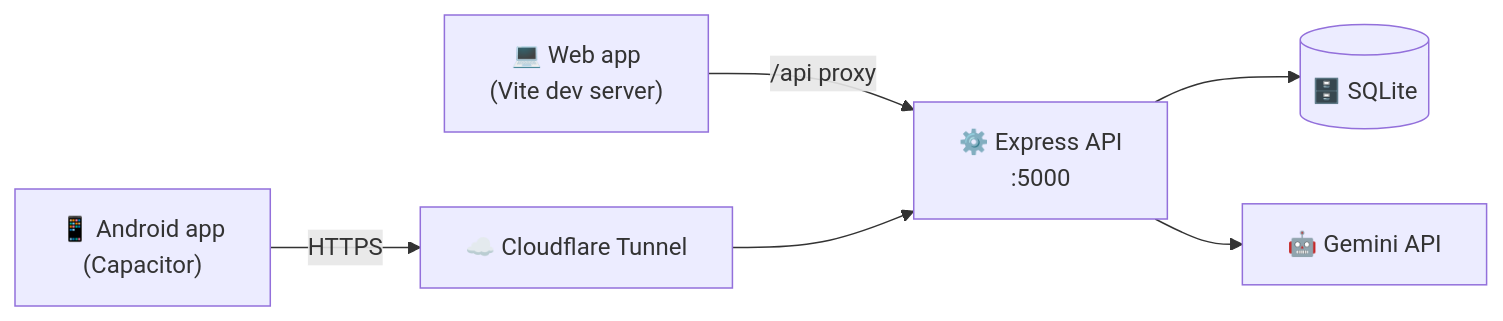
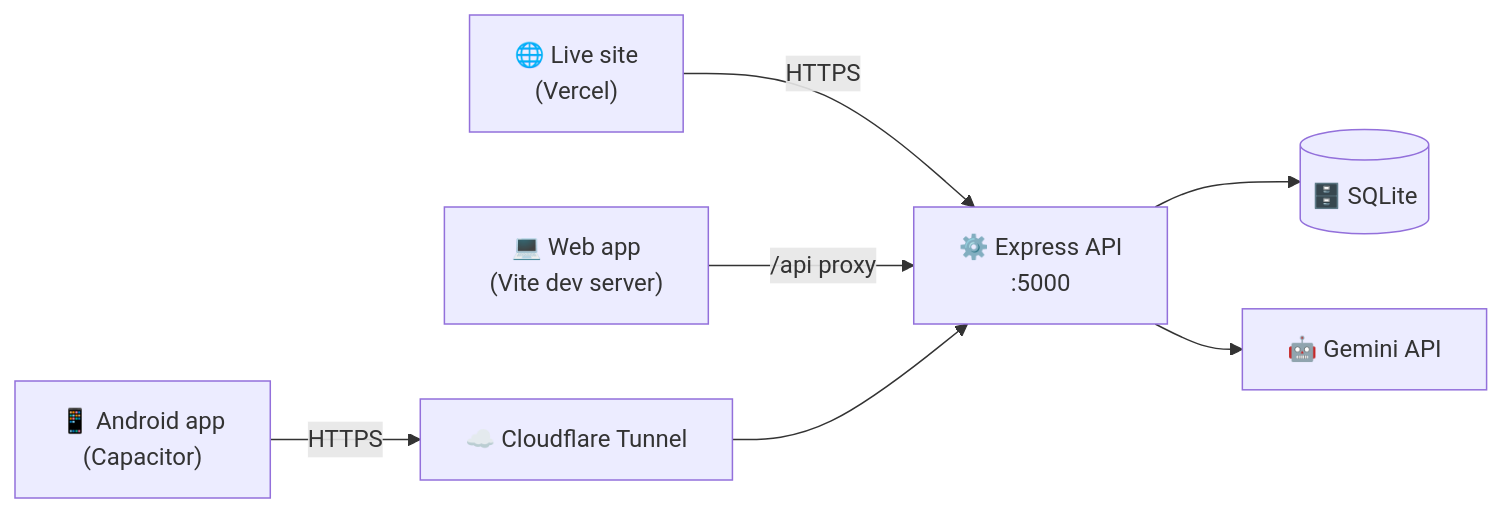
The diagram in README.md (anixlevi/pg-management-system), drawn with Mermaid before and after one commit. The commit also changed other lines of this file, not shown here.

````diff
--- a/README.md
+++ b/README.md
@@ -113,8 +120,9 @@
 ```mermaid
 flowchart LR
     A["📱 Android app<br/>(Capacitor)"] -->|HTTPS| T["☁️ Cloudflare Tunnel"]
+    V["🌐 Live site<br/>(Vercel)"] -->|HTTPS| B
     W["💻 Web app<br/>(Vite dev server)"] -->|/api proxy| B
     T --> B["⚙️ Express API<br/>:5000"]
     B --> D[("🗄️ SQLite")]
     B --> G["🤖 Gemini API"]
 ```
````
